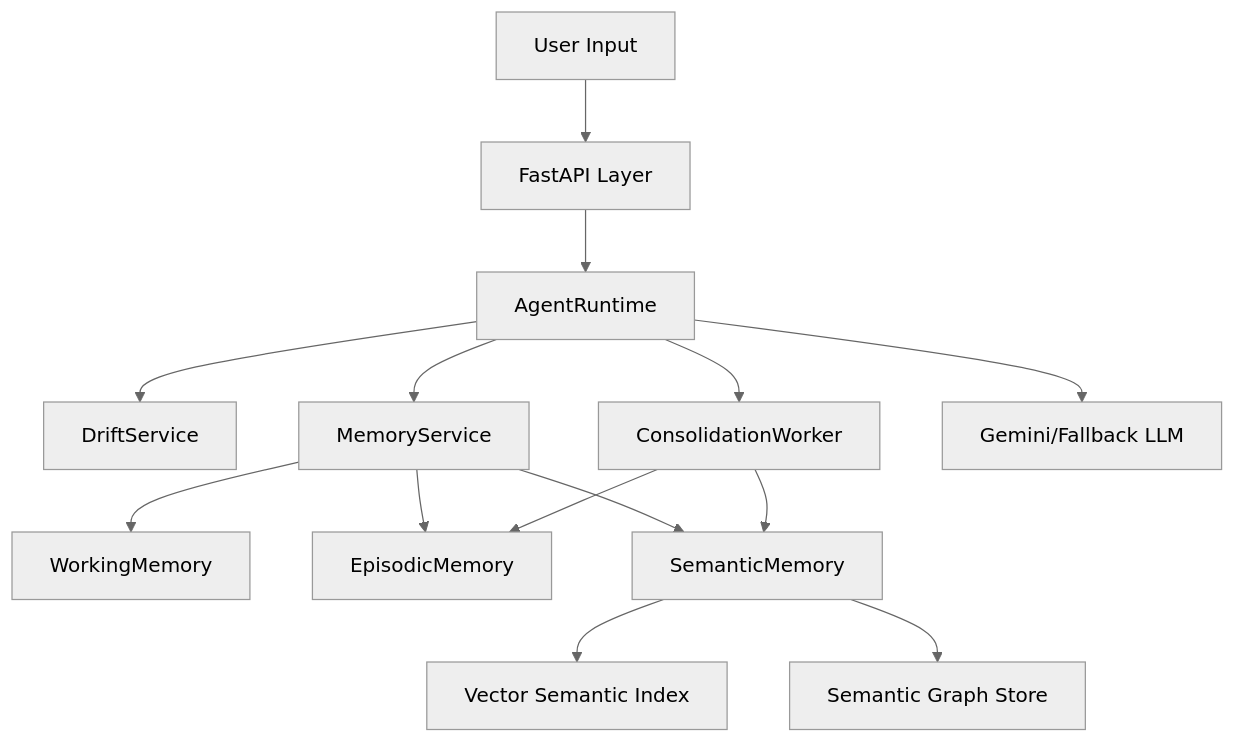
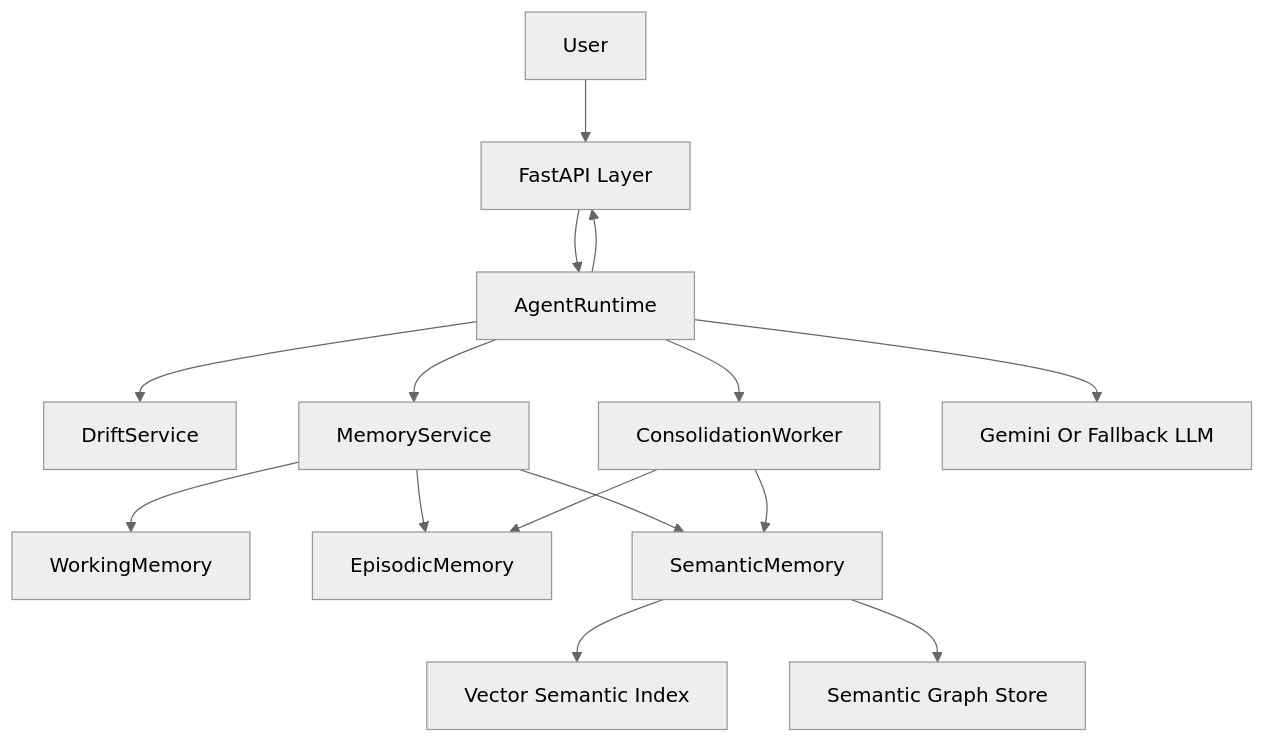
One commit to 1iamharshraj/Hi-Drift changed the first of 10 diagrams in ARCHITECTURE.md. Above: the diagram before and after it, drawn with Mermaid (neutral theme). The commit also changed other lines of this file and 3 other files, not shown here.

Commit message:
docs: updated readme, architecture and documentation & Added Readme

````diff
--- a/ARCHITECTURE.md
+++ b/ARCHITECTURE.md
@@ -5,16 +5,17 @@
 ```mermaid
 graph TD
-    U[User Input] --> API[FastAPI Layer]
-    API --> RT[AgentRuntime]
-    RT --> DS[DriftService]
-    RT --> MS[MemoryService]
-    MS --> WM[WorkingMemory]
-    MS --> EM[EpisodicMemory]
-    MS --> SM[SemanticMemory]
-    SM --> VS[Vector Semantic Index]
-    SM --> GS[Semantic Graph Store]
-    RT --> CW[ConsolidationWorker]
-    CW --> EM
-    CW --> SM
-    RT --> LLM[Gemini/Fallback LLM]
+    User[User] --> API[FastAPI Layer]
+    API --> Runtime[AgentRuntime]
+    Runtime --> Drift[DriftService]
+    Runtime --> Memory[MemoryService]
+    Memory --> WM[WorkingMemory]
+    Memory --> EM[EpisodicMemory]
+    Memory --> SM[SemanticMemory]
+    SM --> Vector[Vector Semantic Index]
+    SM --> Graph[Semantic Graph Store]
+    Runtime --> Consolidator[ConsolidationWorker]
+    Consolidator --> EM
+    Consolidator --> SM
+    Runtime --> LLM[Gemini Or Fallback LLM]
+    Runtime --> API
 ```
````
